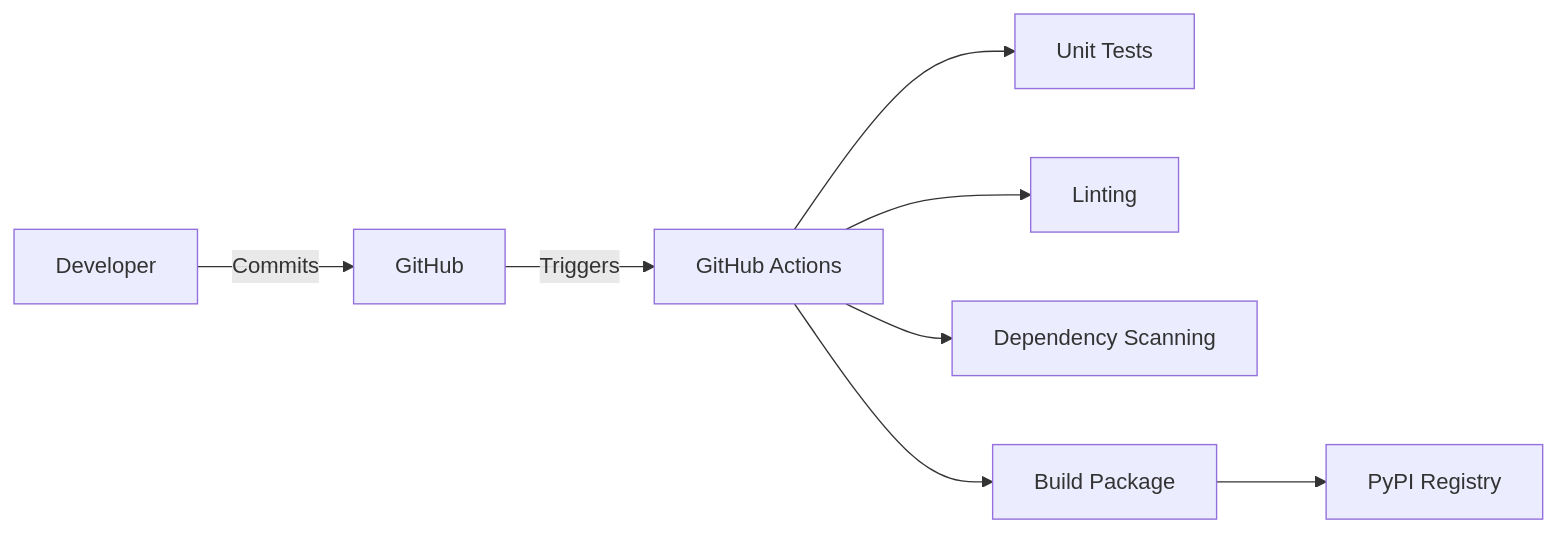
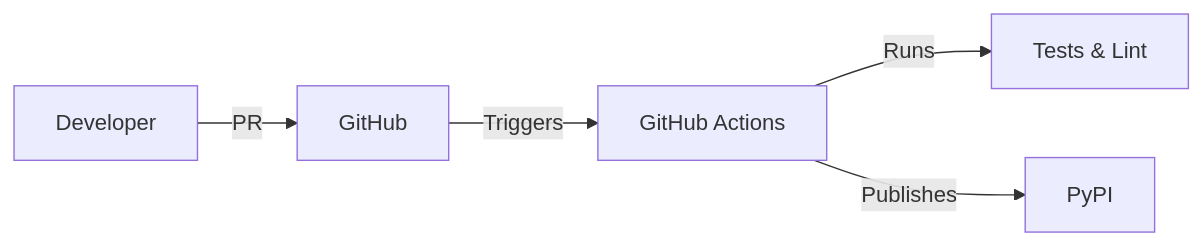
Before and after one commit to xvnpw/ai-security-analyzer: the fourth of 4 diagrams in examples/github-sec-design-flask-deepseekdeepseek-r1.md, drawn with Mermaid. The commit also changed other lines of this file and 11 other files, not shown here.

````diff
--- a/examples/github-sec-design-flask-deepseekdeepseek-r1.md
+++ b/examples/github-sec-design-flask-deepseekdeepseek-r1.md
@@ -106,10 +123,7 @@
 ```mermaid
 graph LR
-    A[Developer] -->|Commits| B[GitHub]
-    B -->|Triggers| C[GitHub Actions]
-    C --> D[Unit Tests]
-    C --> E[Linting]
-    C --> F[Dependency Scanning]
-    C --> G[Build Package]
-    G --> H[PyPI Registry]
+  A[Developer] -->|PR| B[GitHub]
+  B -->|Triggers| C[GitHub Actions]
+  C -->|Runs| D[Tests & Lint]
+  C -->|Publishes| E[PyPI]
 ```
````
